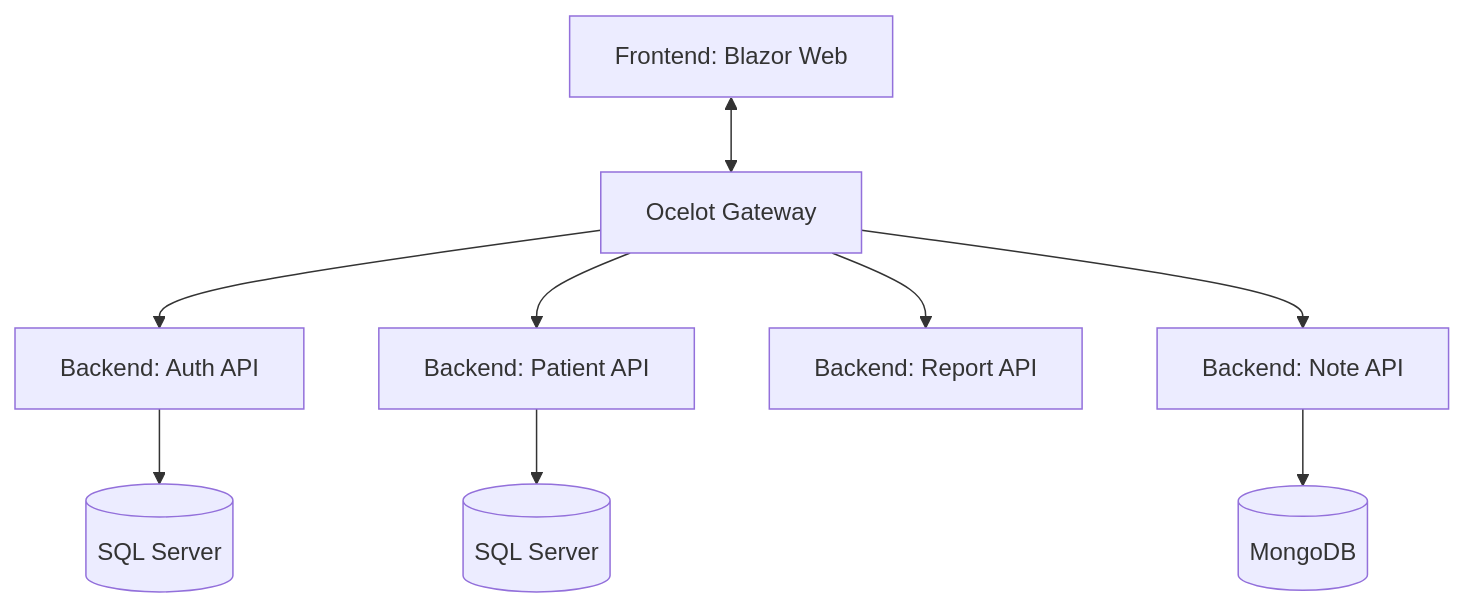
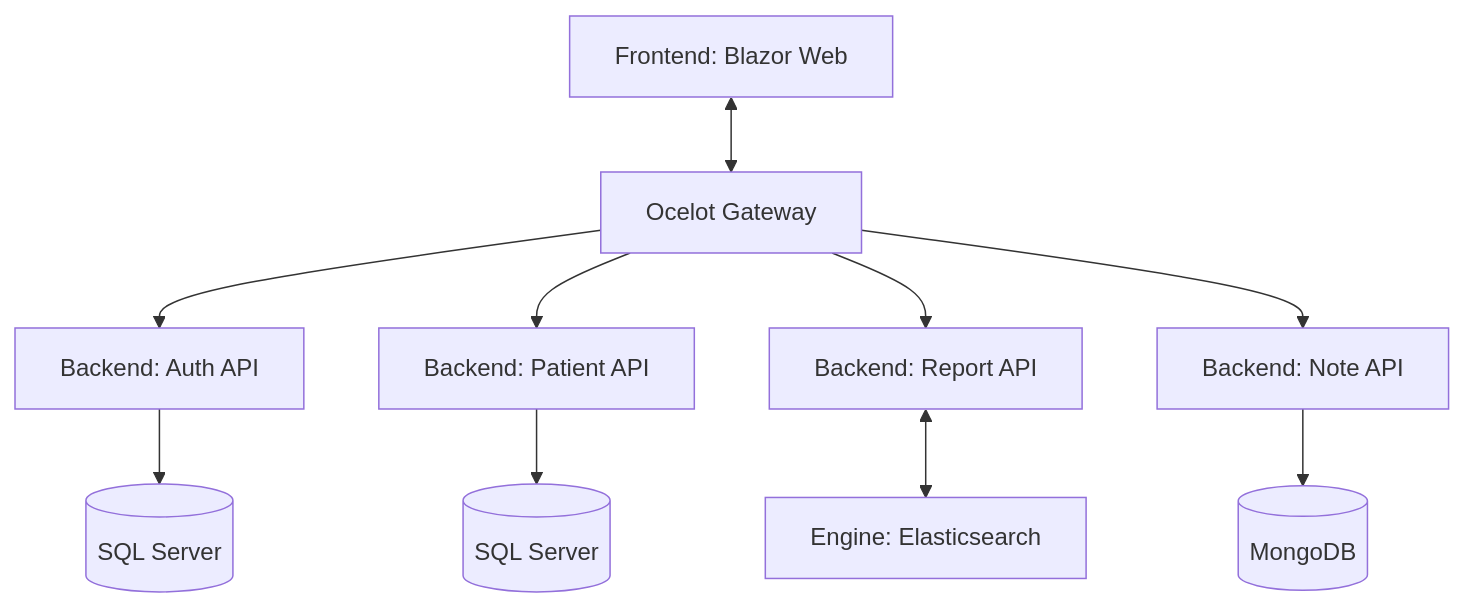
The diagram in README.md (bpodwinski/DotNetprojet10), drawn with Mermaid before and after one commit.

````diff
--- a/README.md
+++ b/README.md
@@ -2,11 +2,12 @@
 ```mermaid
 	graph TD;
 	Ocelot[Ocelot Gateway]  -->  AuthService[Backend: Auth API]
 	Ocelot[Ocelot Gateway]  -->  PatientService[Backend: Patient API]
 	Ocelot  -->  ReportService[Backend: Report API]
 	Ocelot  -->  NoteService[Backend: Note API]
 	AuthService  -->  DbAuth[(SQL Server)]
 	PatientService  -->  DbPatient[(SQL Server)]
 	NoteService  -->  DbNote[(MongoDB)]
+	ReportService  <-->  Elasticsearch[Engine: Elasticsearch]
 	Client[Frontend: Blazor Web]  <-->  Ocelot
 ```
````
